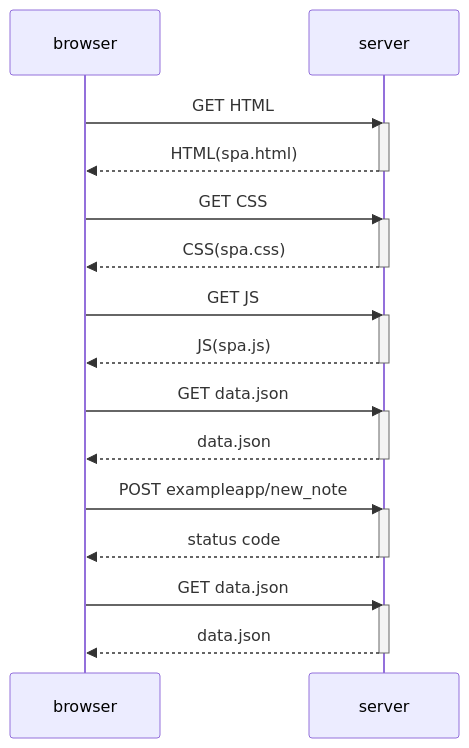
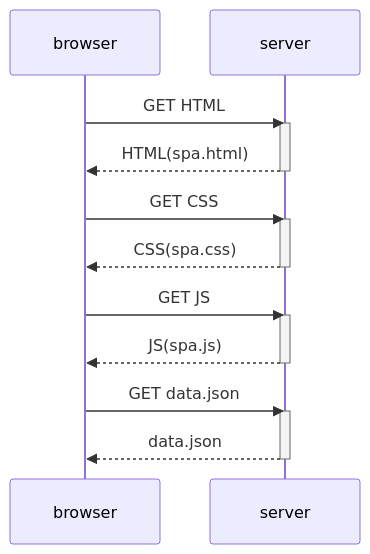
One commit to NavadeepGaridepally-21/FS-Open changed the diagram in part0/0.5.md. Above: the diagram before and after it, drawn with Mermaid.

Commit message:
Updated 0.5
Removed commented-out code related to note requests and data fetching.

````diff
--- a/part0/0.5.md
+++ b/part0/0.5.md
@@ -1,39 +1,27 @@
 ```mermaid
 sequenceDiagram
 participant browser
 participant server
 
 browser->>server: GET HTML
 activate server
 server-->>browser: HTML(spa.html)
 deactivate server
 
 browser->>server: GET CSS
 activate server
 server-->>browser: CSS(spa.css)
 deactivate server
 
 browser->>server: GET JS
 activate server
 server-->>browser: JS(spa.js)
 deactivate server
 
 browser->>server: GET data.json
 activate server
 server-->>browser: data.json
 deactivate server
 
-%% if we want send new note req
 
-browser->>server: POST  exampleapp/new_note
-activate server
-server-->>browser: status code
-deactivate server
-
-%%now javascript requests data json
-
-browser->>server: GET data.json
-activate server
-server-->>browser: data.json
-deactivate server
 ```
````
